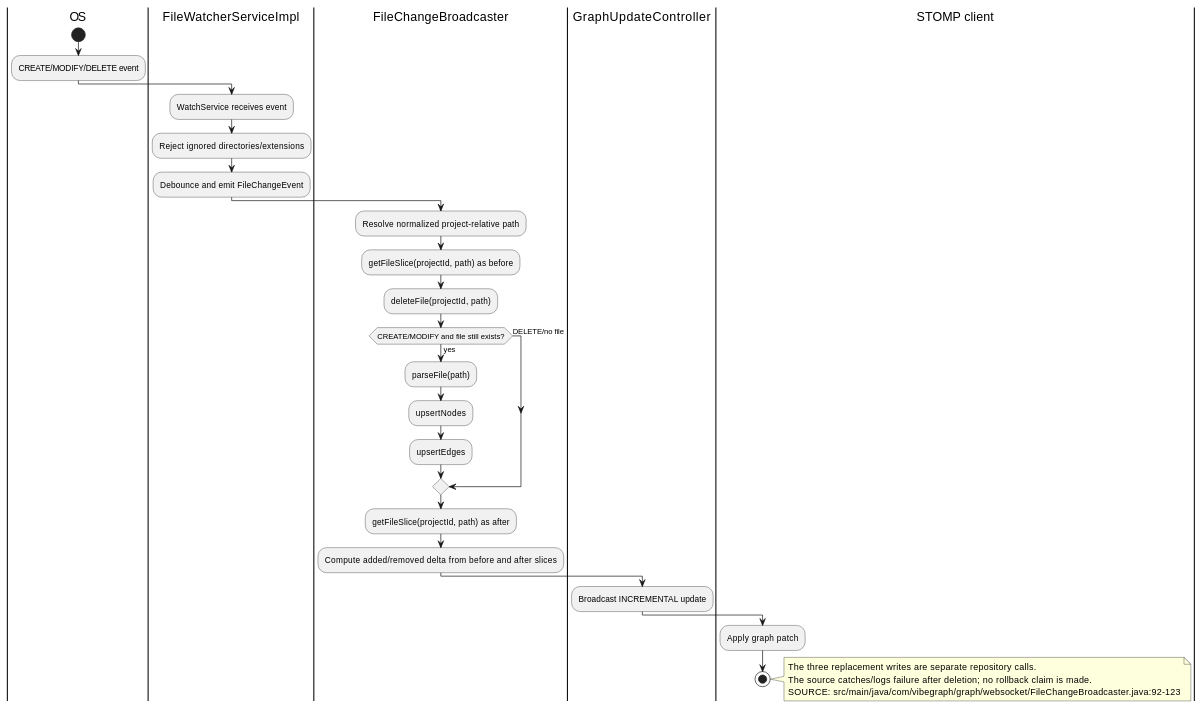
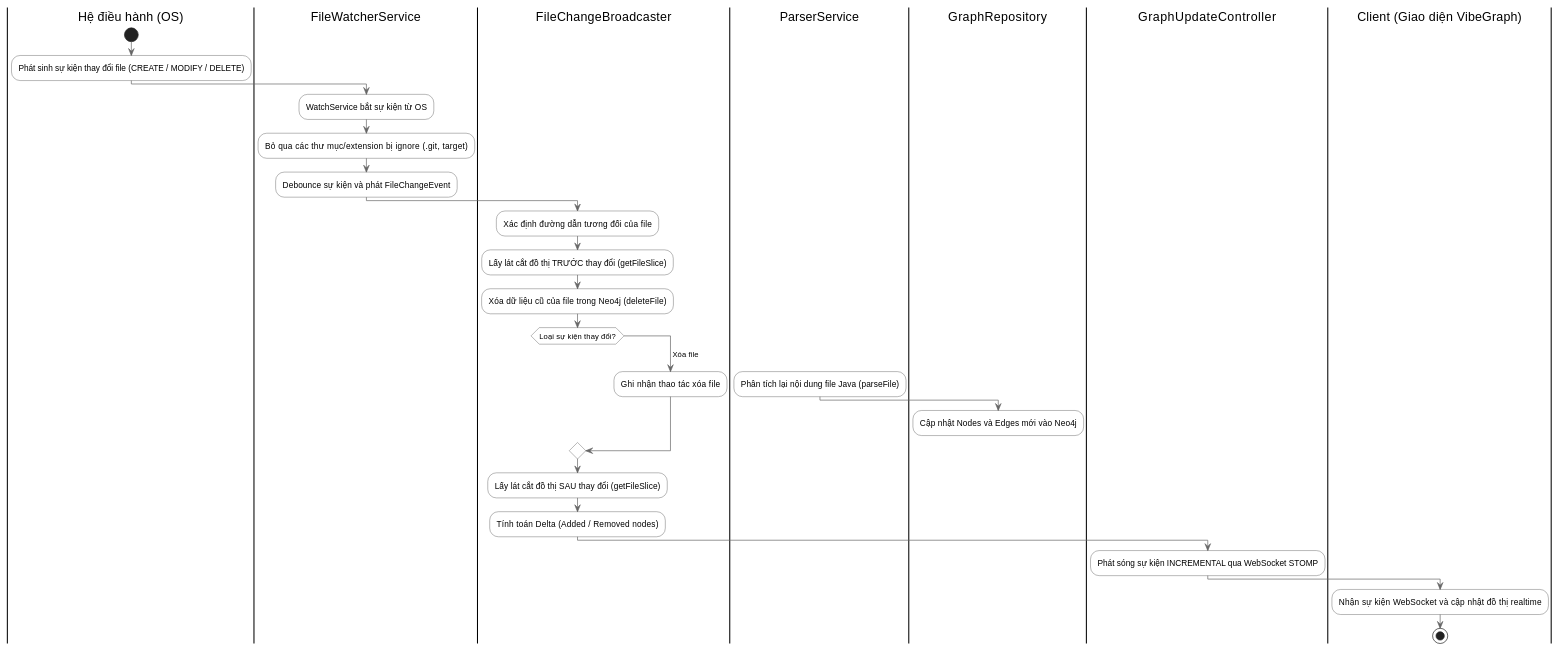
The third of 6 diagrams in Diagram/diagram update/plantuml_activity.md (ThinhChauTran263/VibeGraph-com), drawn with PlantUML before and after one commit. The commit also changed other lines of this file and 19 other files, not shown here.

Commit message:
refactor: reorganize diagram files and update PlantUML documentation

````diff
--- a/Diagram/diagram update/plantuml_activity.md
+++ b/Diagram/diagram update/plantuml_activity.md
@@ -114,34 +141,46 @@
 ```plantuml
 @startuml
-|OS|
+skinparam activity {
+  BackgroundColor white
+  BorderColor #333333
+  ArrowColor #666666
+}
+
+|Hệ điều hành (OS)|
 start
-:CREATE/MODIFY/DELETE event;
-|FileWatcherServiceImpl|
-:WatchService receives event;
-:Reject ignored directories/extensions;
-:Debounce and emit FileChangeEvent;
+:Phát sinh sự kiện thay đổi file (CREATE / MODIFY / DELETE);
+
+|FileWatcherService|
+:WatchService bắt sự kiện từ OS;
+:Bỏ qua các thư mục/extension bị ignore (.git, target);
+:Debounce sự kiện và phát FileChangeEvent;
+
 |FileChangeBroadcaster|
-:Resolve normalized project-relative path;
-:getFileSlice(projectId, path) as before;
-:deleteFile(projectId, path);
-if (CREATE/MODIFY and file still exists?) then (yes)
-  :parseFile(path);
-  :upsertNodes;
-  :upsertEdges;
-else (DELETE/no file)
-endif
-:getFileSlice(projectId, path) as after;
-:Compute added/removed delta from before and after slices;
+:Xác định đường dẫn tương đối của file;
+:Lấy lát cắt đồ thị TRƯỚC thay đổi (getFileSlice);
+:Xóa dữ liệu cũ của file trong Neo4j (deleteFile);
+
+switch (Loại sự kiện thay đổi?)
+case ( Tạo mới / Sửa đổi )
+  |ParserService|
+  :Phân tích lại nội dung file Java (parseFile);
+  |GraphRepository|
+  :Cập nhật Nodes và Edges mới vào Neo4j;
+  |FileChangeBroadcaster|
+case ( Xóa file )
+  |FileChangeBroadcaster|
+  :Ghi nhận thao tác xóa file;
+endswitch
+
+|FileChangeBroadcaster|
+:Lấy lát cắt đồ thị SAU thay đổi (getFileSlice);
+:Tính toán Delta (Added / Removed nodes);
+
 |GraphUpdateController|
-:Broadcast INCREMENTAL update;
-|STOMP client|
-:Apply graph patch;
+:Phát sóng sự kiện INCREMENTAL qua WebSocket STOMP;
+
+|Client (Giao diện VibeGraph)|
+:Nhận sự kiện WebSocket và cập nhật đồ thị realtime;
 stop
-
-note right
-The three replacement writes are separate repository calls.
-The source catches/logs failure after deletion; no rollback claim is made.
-SOURCE: src/main/java/com/vibegraph/graph/websocket/FileChangeBroadcaster.java:92-123
-end note
 @enduml
 ```
````
